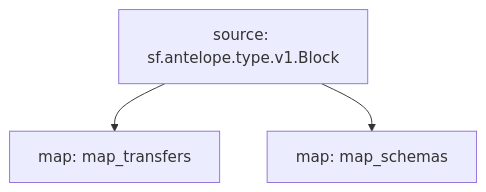
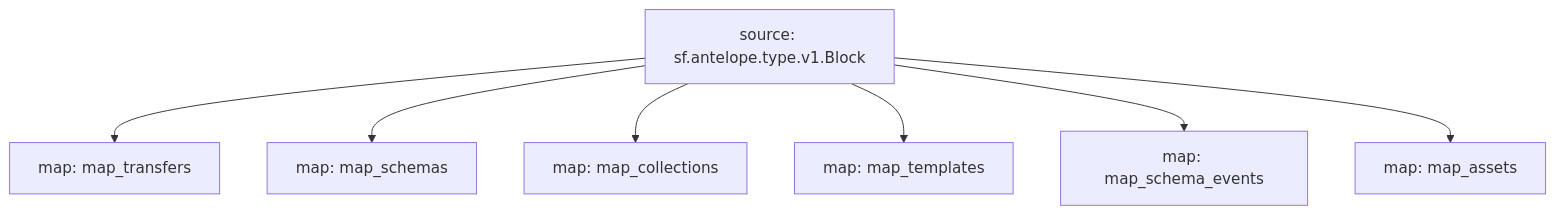
One commit to pinax-network/substreams-atomic changed the diagram in README.md. Above: the diagram before and after it, drawn with Mermaid. The commit also changed other lines of this file and 3 other files, not shown here.

````diff
--- a/README.md
+++ b/README.md
@@ -12,7 +12,15 @@
 ```mermaid
 graph TD;
   map_transfers[map: map_transfers];
   sf.antelope.type.v1.Block[source: sf.antelope.type.v1.Block] --> map_transfers;
   map_schemas[map: map_schemas];
   sf.antelope.type.v1.Block[source: sf.antelope.type.v1.Block] --> map_schemas;
+  map_collections[map: map_collections];
+  sf.antelope.type.v1.Block[source: sf.antelope.type.v1.Block] --> map_collections;
+  map_templates[map: map_templates];
+  sf.antelope.type.v1.Block[source: sf.antelope.type.v1.Block] --> map_templates;
+  map_schema_events[map: map_schema_events];
+  sf.antelope.type.v1.Block[source: sf.antelope.type.v1.Block] --> map_schema_events;
+  map_assets[map: map_assets];
+  sf.antelope.type.v1.Block[source: sf.antelope.type.v1.Block] --> map_assets;
 ```
````
